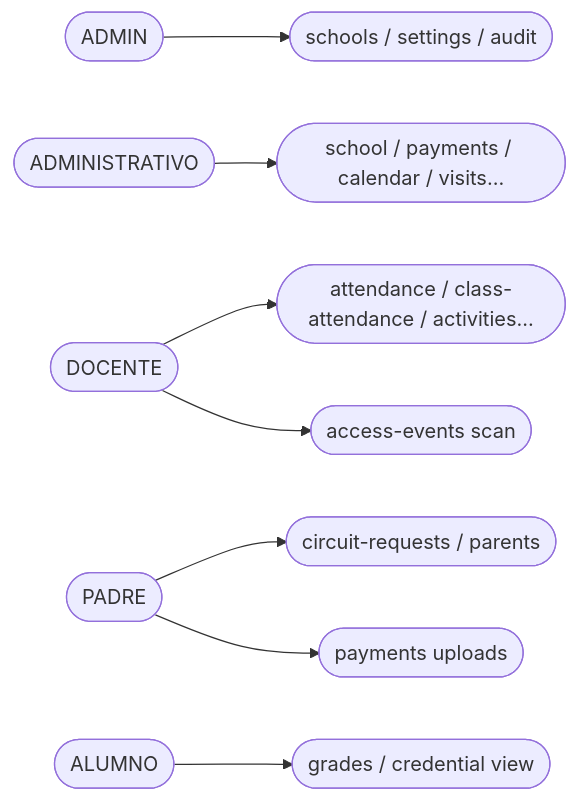
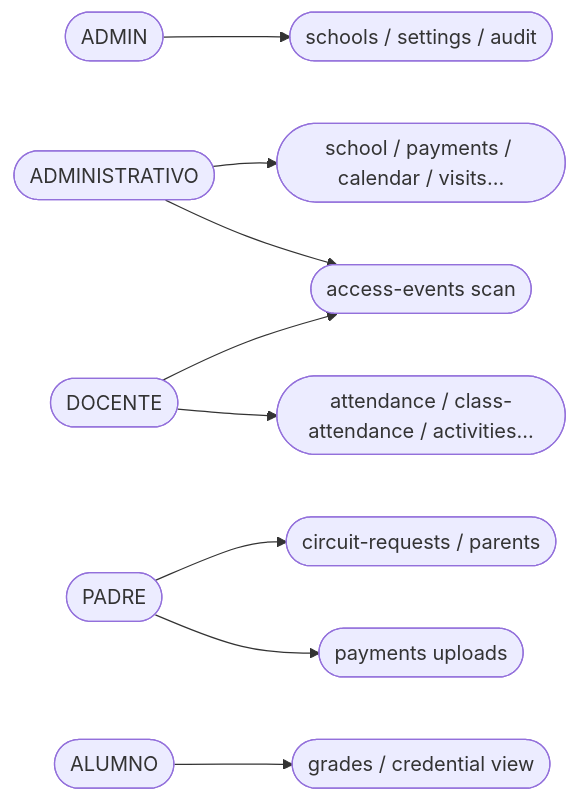
The second of 4 diagrams in 01 - Escuela Pass/docs/tdg/TDG-2_Escuela_Pass_borrador_maestro_v2.md (UJohnnyU/EscuelaPass---Seguridad-Institucional), drawn with Mermaid before and after one commit. The commit also changed other lines of this file and 1 other file, not shown here.

First line of the commit message:
docs(tdg): alinear maestro v2 y guía Fig. 7 con producto y Anexo 05

````diff
--- a/01 - Escuela Pass/docs/tdg/TDG-2_Escuela_Pass_borrador_maestro_v2.md
+++ b/01 - Escuela Pass/docs/tdg/TDG-2_Escuela_Pass_borrador_maestro_v2.md
@@ -497,10 +497,11 @@
 ```mermaid
 flowchart LR
   ADMIN(["ADMIN"]) --> schools(["schools / settings / audit"])
   ADM(["ADMINISTRATIVO"]) --> roster(["school / payments / calendar / visits..."])
+  ADM --> scan(["access-events scan"])
   DOC(["DOCENTE"]) --> academics(["attendance / class-attendance / activities..."])
-  DOC --> scan(["access-events scan"])
+  DOC --> scan
   PADRE(["PADRE"]) --> circuit(["circuit-requests / parents"])
   PADRE --> fin(["payments uploads"])
   ALU(["ALUMNO"]) --> self(["grades / credential view"])
 ```
````
